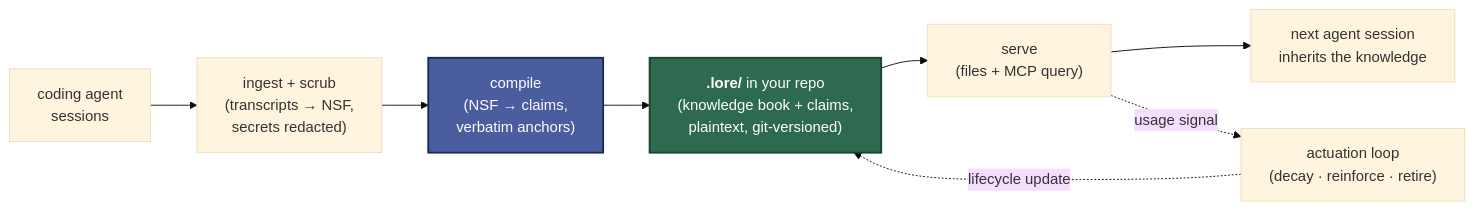
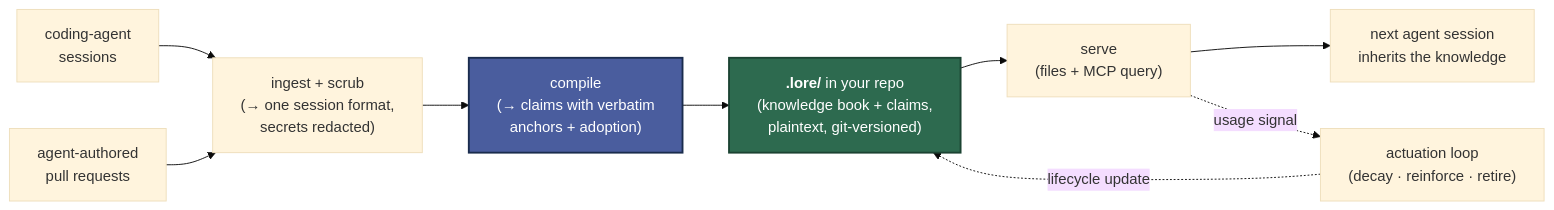
The diagram in README.md (srijansk/crewlore), drawn with Mermaid (base theme) before and after one commit. The commit also changed other lines of this file and 5 other files, not shown here.

````diff
--- a/README.md
+++ b/README.md
@@ -100,16 +131,17 @@
 ```mermaid
 flowchart LR
-    S["coding agent<br/>sessions"] --> I["ingest + scrub<br/>(transcripts → NSF,<br/>secrets redacted)"]
-    I --> C["compile<br/>(NSF → claims,<br/>verbatim anchors)"]
+    S["coding-agent<br/>sessions"] --> I
+    P["agent-authored<br/>pull requests"] --> I["ingest + scrub<br/>(→ one session format,<br/>secrets redacted)"]
+    I --> C["compile<br/>(→ claims with verbatim<br/>anchors + adoption)"]
     C --> R["<b>.lore/</b> in your repo<br/>(knowledge book + claims,<br/>plaintext, git-versioned)"]
     R --> SV["serve<br/>(files + MCP query)"]
     SV --> N["next agent session<br/>inherits the knowledge"]
 
     SV -. "usage signal" .-> AL["actuation loop<br/>(decay · reinforce · retire)"]
     AL -. "lifecycle update" .-> R
 
     classDef engine fill:#4a5d9e,stroke:#1a2c4d,color:#fff,stroke-width:2px
     classDef artifact fill:#2d6a4f,stroke:#1b4332,color:#fff,stroke-width:2px
     class C engine
     class R artifact
 ```
````
